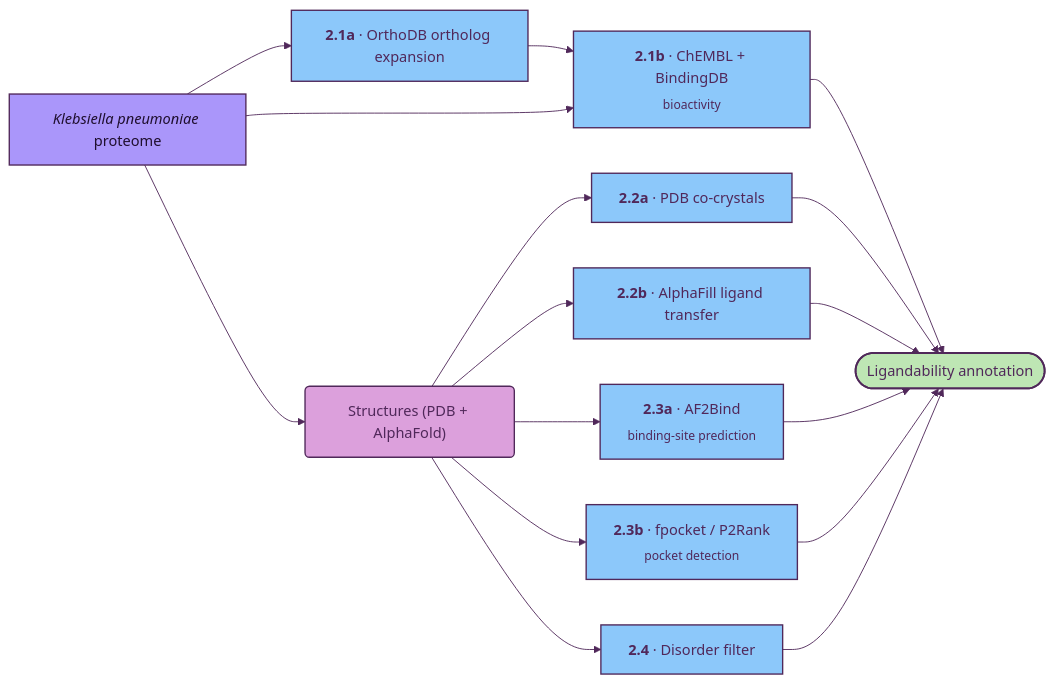
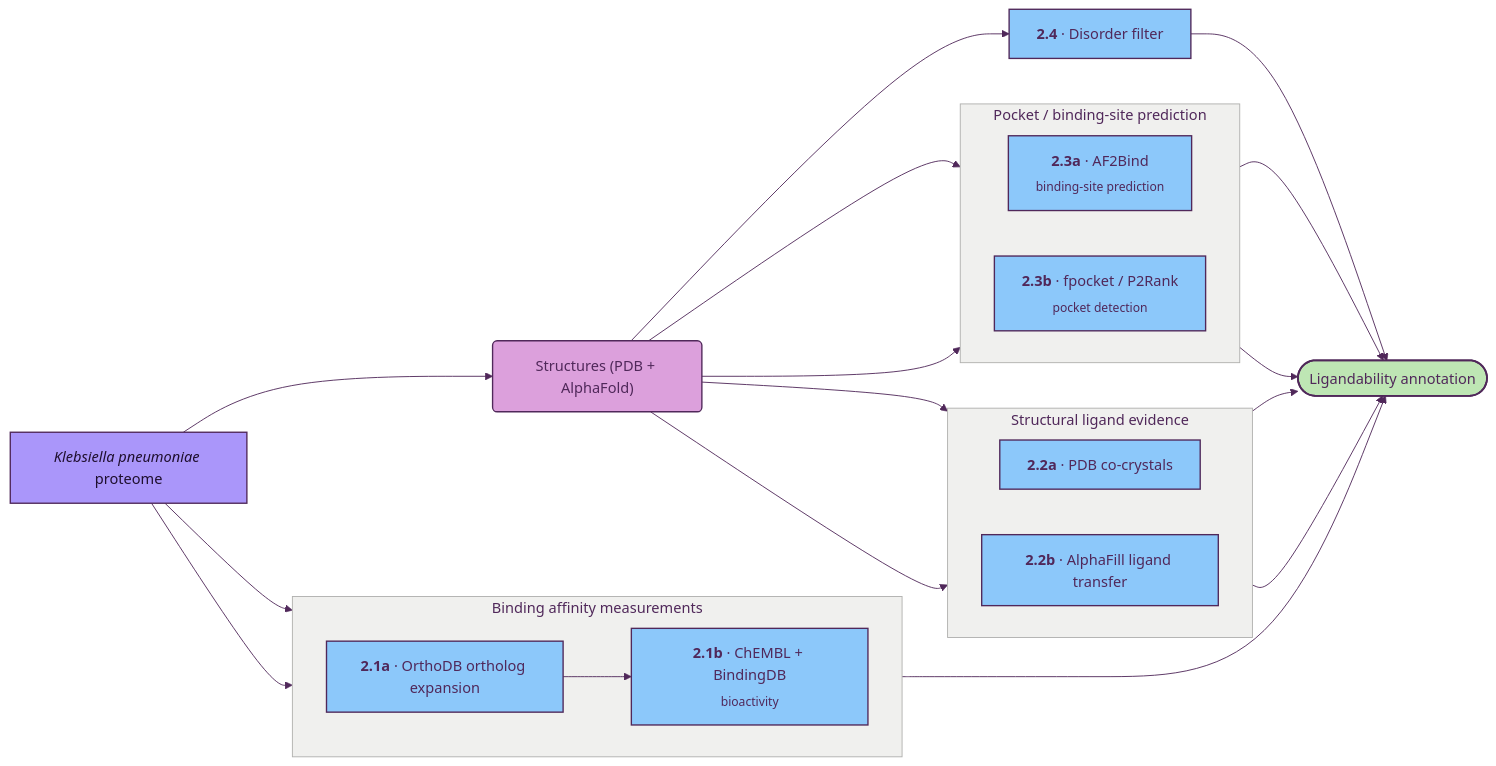
Before and after one commit to ersilia-os/gradi-target-prioritization: the diagram in docs/02_ligandability.md, drawn with Mermaid. The commit also changed other lines of this file and 11 other files, not shown here.

Commit message:
diagrams first version

````diff
--- a/docs/02_ligandability.md
+++ b/docs/02_ligandability.md
@@ -5,37 +5,55 @@
 ```mermaid
 %%{init: {'theme':'base','themeVariables':{'primaryColor':'#FAD782','primaryBorderColor':'#50285A','primaryTextColor':'#50285A','lineColor':'#50285A','secondaryColor':'#8CC8FA','tertiaryColor':'#BEE6B4','clusterBkg':'#F0F0EE','clusterBorder':'#B0B0AE','titleColor':'#50285A','fontFamily':'Inter, system-ui, sans-serif'}}}%%
 flowchart LR
     classDef source    fill:#AA96FA,stroke:#50285A,stroke-width:1.5px,color:#1F0F2E
     classDef dataset   fill:#FAD782,stroke:#50285A,stroke-width:1.5px,color:#50285A
     classDef method    fill:#8CC8FA,stroke:#50285A,stroke-width:1.5px,color:#50285A
     classDef embedding fill:#AA96FA,stroke:#50285A,stroke-width:1.5px,color:#1F0F2E
     classDef result    fill:#BEE6B4,stroke:#50285A,stroke-width:2px,color:#50285A
     classDef tagnostic fill:#DCA0DC,stroke:#50285A,stroke-width:1.5px,color:#50285A
     classDef stub      fill:#FAA08C,stroke:#50285A,stroke-width:1.5px,stroke-dasharray:6 3,color:#50285A
     classDef planned   fill:#D2D2D0,stroke:#7A7A78,stroke-width:1px,stroke-dasharray:5 5,color:#5A5A58
 
     P["<i>Klebsiella pneumoniae</i> proteome"]:::source
 
     STR("Structures (PDB + AlphaFold)"):::tagnostic
 
-    P --> ORTH["<b>2.1a</b> · OrthoDB ortholog expansion"]:::method
-    ORTH --> LIG["<b>2.1b</b> · ChEMBL + BindingDB<br/><sub>bioactivity</sub>"]:::method
+    subgraph BIOACT [" Binding affinity measurements "]
+        direction LR
+        ORTH["<b>2.1a</b> · OrthoDB ortholog expansion"]:::method
+        LIG["<b>2.1b</b> · ChEMBL + BindingDB<br/><sub>bioactivity</sub>"]:::method
+    end
+
+    subgraph STRLIG [" Structural ligand evidence "]
+        direction LR
+        COCR["<b>2.2a</b> · PDB co-crystals"]:::method
+        AFILL["<b>2.2b</b> · AlphaFill ligand transfer"]:::method
+    end
+
+    subgraph POCKETS [" Pocket / binding-site prediction "]
+        direction LR
+        BIND["<b>2.3a</b> · AF2Bind<br/><sub>binding-site prediction</sub>"]:::method
+        POCK["<b>2.3b</b> · fpocket / P2Rank<br/><sub>pocket detection</sub>"]:::method
+    end
+
+    P --> ORTH
+    ORTH --> LIG
     P --> LIG
 
     P --> STR
 
-    STR --> COCR["<b>2.2a</b> · PDB co-crystals"]:::method
-    STR --> AFILL["<b>2.2b</b> · AlphaFill ligand transfer"]:::method
+    STR --> COCR
+    STR --> AFILL
 
-    STR --> BIND["<b>2.3a</b> · AF2Bind<br/><sub>binding-site prediction</sub>"]:::method
-    STR --> POCK["<b>2.3b</b> · fpocket / P2Rank<br/><sub>pocket detection</sub>"]:::method
+    STR --> BIND
+    STR --> POCK
 
     STR --> DIS["<b>2.4</b> · Disorder filter"]:::method
 
     LIG   --> SCORE(["Ligandability annotation"]):::result
     COCR  --> SCORE
     AFILL --> SCORE
     BIND  --> SCORE
     POCK  --> SCORE
     DIS   --> SCORE
 ```
````
